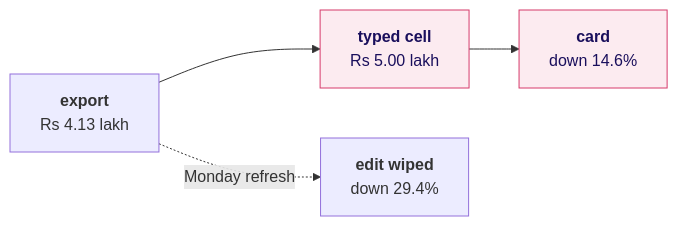
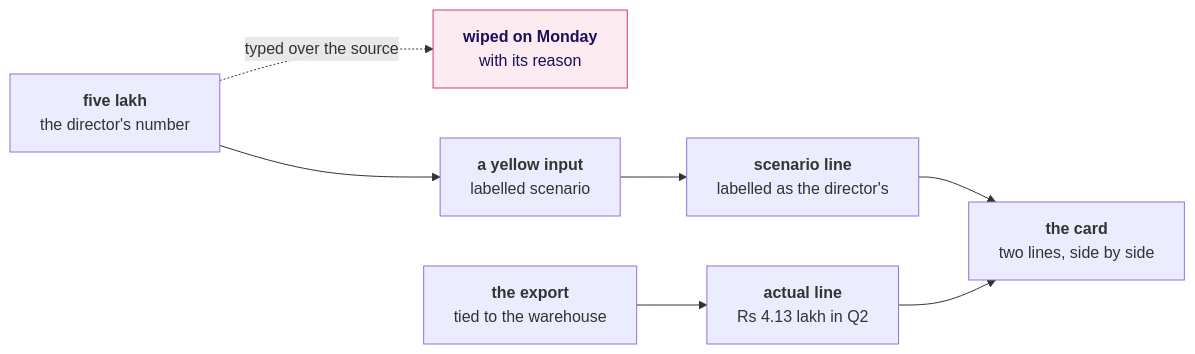
One commit to fde-academy-lab/c2-content-factory changed the ninth of 9 diagrams in content/W02/D5/whiteboards/C2_W02_D05_board_STUDENT.md. Above: the diagram before and after it, drawn with Mermaid. The commit also changed other lines of this file and 4 other files, not shown here.

````diff
--- a/content/W02/D5/whiteboards/C2_W02_D05_board_STUDENT.md
+++ b/content/W02/D5/whiteboards/C2_W02_D05_board_STUDENT.md
@@ -85,7 +153,11 @@
 ```mermaid
 flowchart LR
-    E["<b>export</b><br/>Rs 4.13 lakh"] --> S["<b>typed cell</b><br/>Rs 5.00 lakh"] --> C["<b>card</b><br/>down 14.6%"]
-    E -.->|"Monday refresh"| W["<b>edit wiped</b><br/>down 29.4%"]
+    Q["<b>five lakh</b><br/>the director's number"] -.->|"typed over the source"| X["<b>wiped on Monday</b><br/>with its reason"]
+    Q --> Y["<b>a yellow input</b><br/>labelled scenario"]
+    Y --> S["<b>scenario line</b><br/>labelled as the director's"]
+    E["<b>the export</b><br/>tied to the warehouse"] --> A["<b>actual line</b><br/>Rs 4.13 lakh in Q2"]
+    S --> K["<b>the card</b><br/>two lines, side by side"]
+    A --> K
     classDef bad fill:#FCEBF0,stroke:#D63A6A,color:#1A0F5C
-    class S,C bad
+    class X bad
 ```
````
